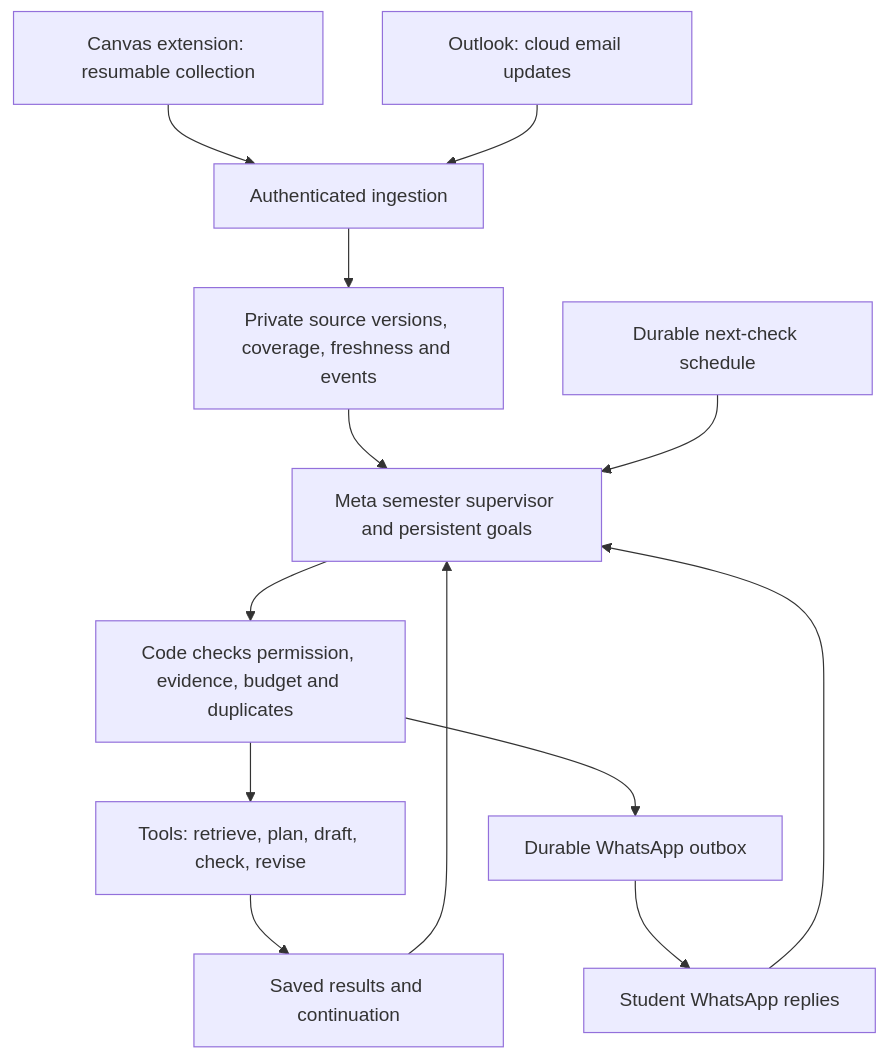
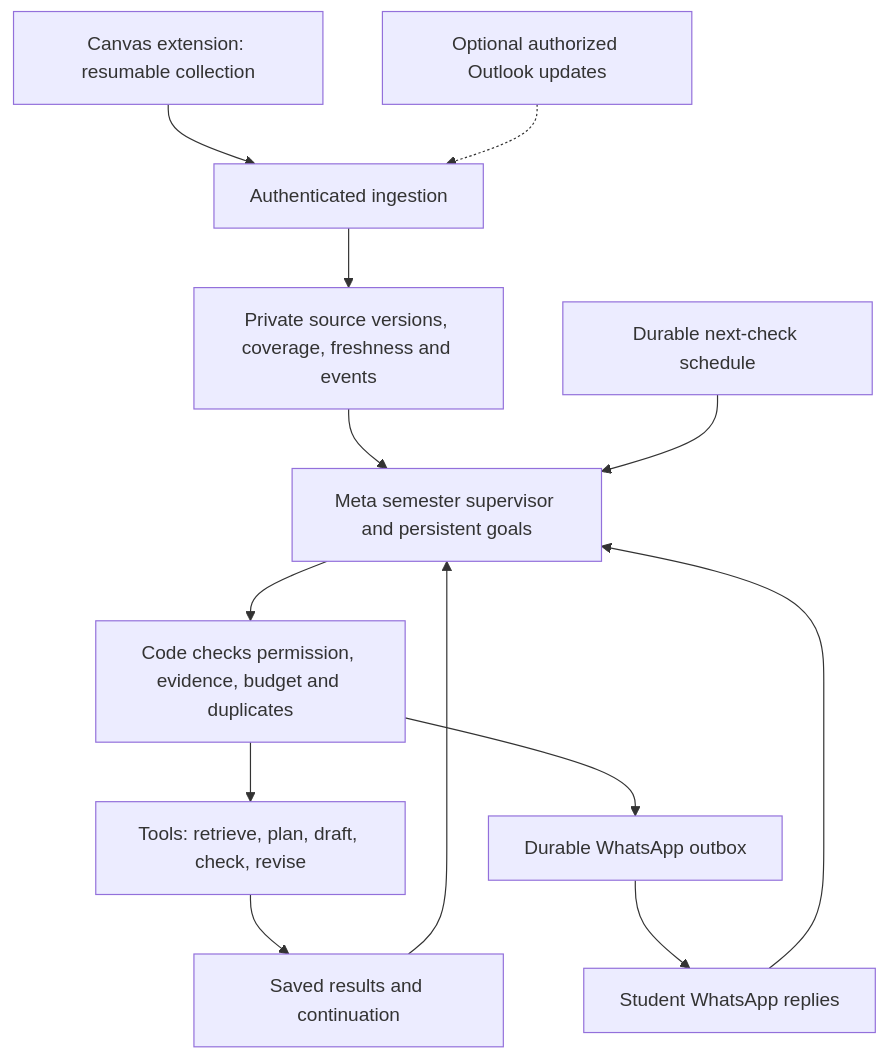
One commit to Akbarhoja/wrytely-agent changed the diagram in docs/BUILD-PLAN.md. Above: the diagram before and after it, drawn with Mermaid. The commit also changed other lines of this file and 4 other files, not shown here.

Commit message:
docs: make Outlook optional under supervisor scope amendment

````diff
--- a/docs/BUILD-PLAN.md
+++ b/docs/BUILD-PLAN.md
@@ -89,15 +102,15 @@
 ```mermaid
 flowchart TD
     C[Canvas extension: resumable collection] --> I[Authenticated ingestion]
-    O[Outlook: cloud email updates] --> I
+    O[Optional authorized Outlook updates] -.-> I
     I --> D[Private source versions, coverage, freshness and events]
     D --> S[Meta semester supervisor and persistent goals]
     T[Durable next-check schedule] --> S
     W[Student WhatsApp replies] --> S
     S --> G[Code checks permission, evidence, budget and duplicates]
     G --> A[Tools: retrieve, plan, draft, check, revise]
     G --> Q[Durable WhatsApp outbox]
     A --> R[Saved results and continuation]
     R --> S
     Q --> W
 ```
````
